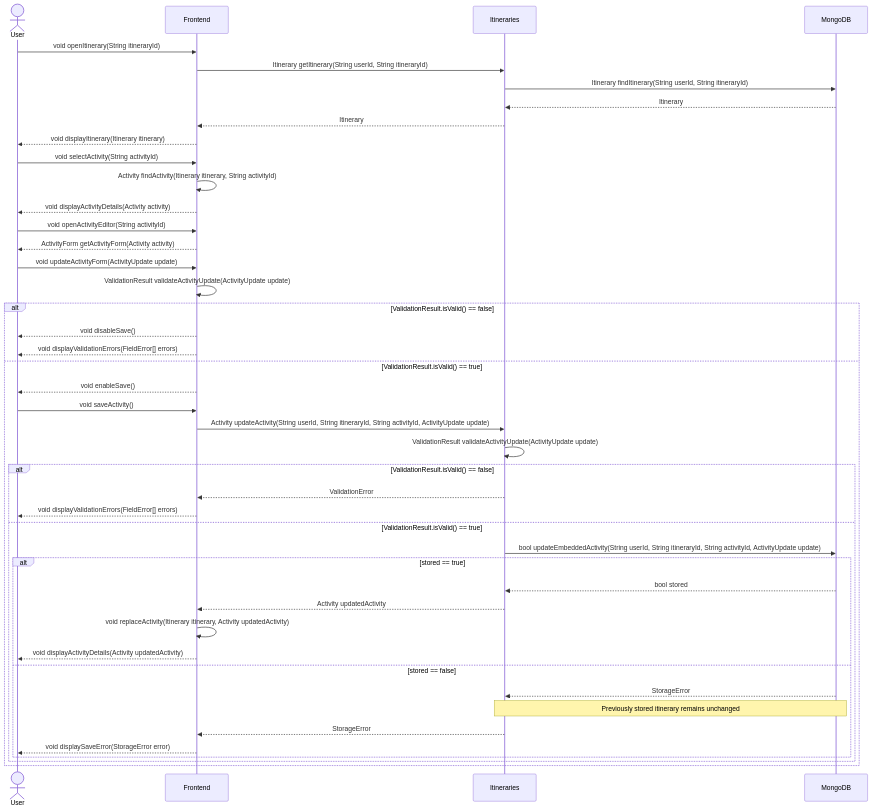
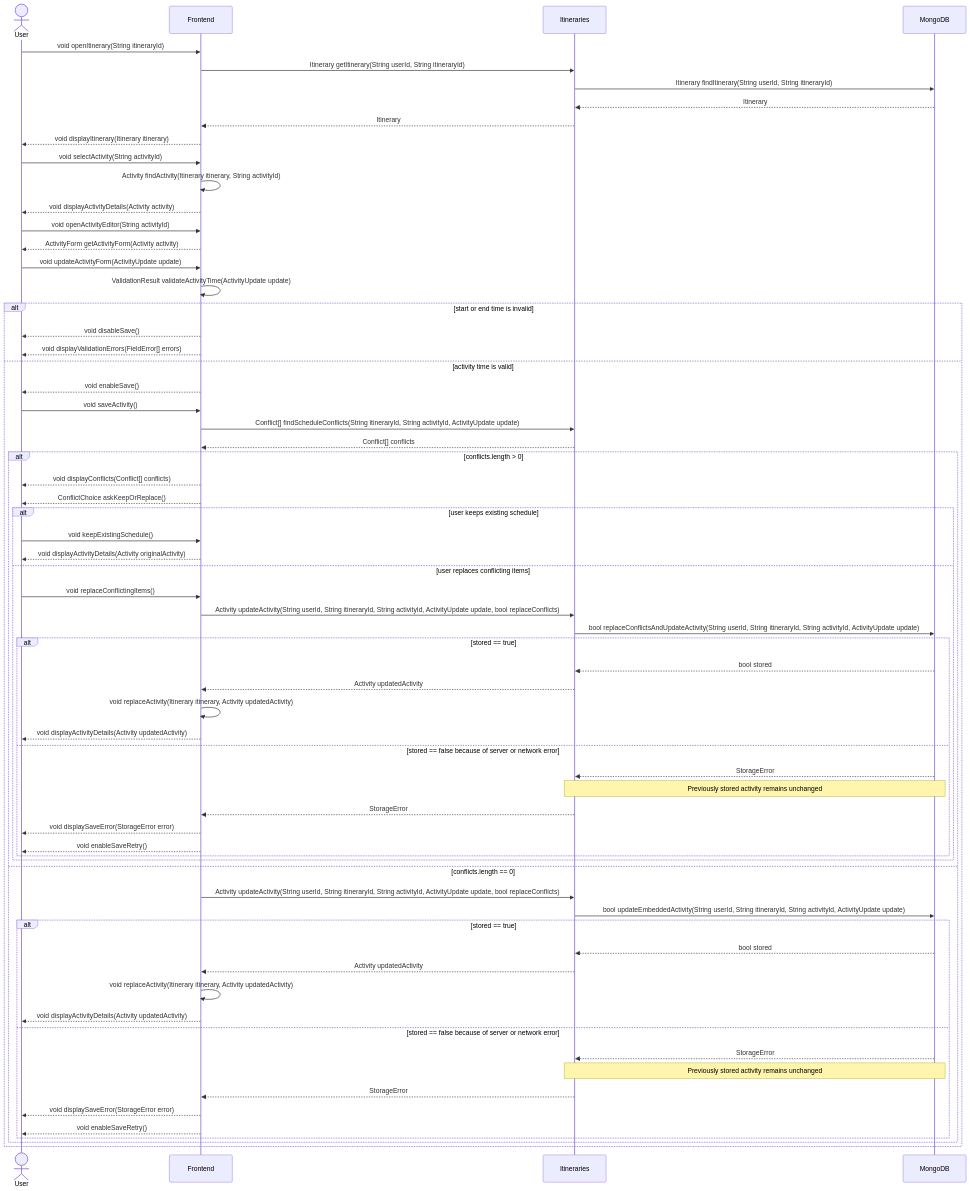
Before and after one commit to UBC-CPEN-V-321/W2026: the diagram in documentation/images/edit_activities_seq_diagram.mmd, drawn with Mermaid. The commit also changed 83 other files, not shown here.

```diff
--- a/documentation/images/edit_activities_seq_diagram.mmd
+++ b/documentation/images/edit_activities_seq_diagram.mmd
@@ -1,55 +1,81 @@
 sequenceDiagram
     actor User
     participant Frontend
     participant Itineraries
     participant MongoDB
 
     User->>Frontend: void openItinerary(String itineraryId)
     Frontend->>Itineraries: Itinerary getItinerary(String userId, String itineraryId)
     Itineraries->>MongoDB: Itinerary findItinerary(String userId, String itineraryId)
     MongoDB-->>Itineraries: Itinerary
     Itineraries-->>Frontend: Itinerary
     Frontend-->>User: void displayItinerary(Itinerary itinerary)
 
     User->>Frontend: void selectActivity(String activityId)
     Frontend->>Frontend: Activity findActivity(Itinerary itinerary, String activityId)
     Frontend-->>User: void displayActivityDetails(Activity activity)
 
     User->>Frontend: void openActivityEditor(String activityId)
     Frontend-->>User: ActivityForm getActivityForm(Activity activity)
 
     User->>Frontend: void updateActivityForm(ActivityUpdate update)
-    Frontend->>Frontend: ValidationResult validateActivityUpdate(ActivityUpdate update)
+    Frontend->>Frontend: ValidationResult validateActivityTime(ActivityUpdate update)
 
-    alt ValidationResult.isValid() == false
+    alt start or end time is invalid
         Frontend-->>User: void disableSave()
         Frontend-->>User: void displayValidationErrors(FieldError[] errors)
 
-    else ValidationResult.isValid() == true
+    else activity time is valid
         Frontend-->>User: void enableSave()
         User->>Frontend: void saveActivity()
 
-        Frontend->>Itineraries: Activity updateActivity(String userId, String itineraryId, String activityId, ActivityUpdate update)
-        Itineraries->>Itineraries: ValidationResult validateActivityUpdate(ActivityUpdate update)
+        Frontend->>Itineraries: Conflict[] findScheduleConflicts(String itineraryId, String activityId, ActivityUpdate update)
+        Itineraries-->>Frontend: Conflict[] conflicts
 
-        alt ValidationResult.isValid() == false
-            Itineraries-->>Frontend: ValidationError
-            Frontend-->>User: void displayValidationErrors(FieldError[] errors)
+        alt conflicts.length > 0
+            Frontend-->>User: void displayConflicts(Conflict[] conflicts)
+            Frontend-->>User: ConflictChoice askKeepOrReplace()
 
-        else ValidationResult.isValid() == true
+            alt user keeps existing schedule
+                User->>Frontend: void keepExistingSchedule()
+                Frontend-->>User: void displayActivityDetails(Activity originalActivity)
+
+            else user replaces conflicting items
+                User->>Frontend: void replaceConflictingItems()
+                Frontend->>Itineraries: Activity updateActivity(String userId, String itineraryId, String activityId, ActivityUpdate update, bool replaceConflicts)
+                Itineraries->>MongoDB: bool replaceConflictsAndUpdateActivity(String userId, String itineraryId, String activityId, ActivityUpdate update)
+
+                alt stored == true
+                    MongoDB-->>Itineraries: bool stored
+                    Itineraries-->>Frontend: Activity updatedActivity
+                    Frontend->>Frontend: void replaceActivity(Itinerary itinerary, Activity updatedActivity)
+                    Frontend-->>User: void displayActivityDetails(Activity updatedActivity)
+
+                else stored == false because of server or network error
+                    MongoDB-->>Itineraries: StorageError
+                    Note over Itineraries,MongoDB: Previously stored activity remains unchanged
+                    Itineraries-->>Frontend: StorageError
+                    Frontend-->>User: void displaySaveError(StorageError error)
+                    Frontend-->>User: void enableSaveRetry()
+                end
+            end
+
+        else conflicts.length == 0
+            Frontend->>Itineraries: Activity updateActivity(String userId, String itineraryId, String activityId, ActivityUpdate update, bool replaceConflicts)
             Itineraries->>MongoDB: bool updateEmbeddedActivity(String userId, String itineraryId, String activityId, ActivityUpdate update)
 
             alt stored == true
                 MongoDB-->>Itineraries: bool stored
                 Itineraries-->>Frontend: Activity updatedActivity
                 Frontend->>Frontend: void replaceActivity(Itinerary itinerary, Activity updatedActivity)
                 Frontend-->>User: void displayActivityDetails(Activity updatedActivity)
 
-            else stored == false
+            else stored == false because of server or network error
                 MongoDB-->>Itineraries: StorageError
-                Note over Itineraries,MongoDB: Previously stored itinerary remains unchanged
+                Note over Itineraries,MongoDB: Previously stored activity remains unchanged
                 Itineraries-->>Frontend: StorageError
                 Frontend-->>User: void displaySaveError(StorageError error)
+                Frontend-->>User: void enableSaveRetry()
             end
         end
     end
```
